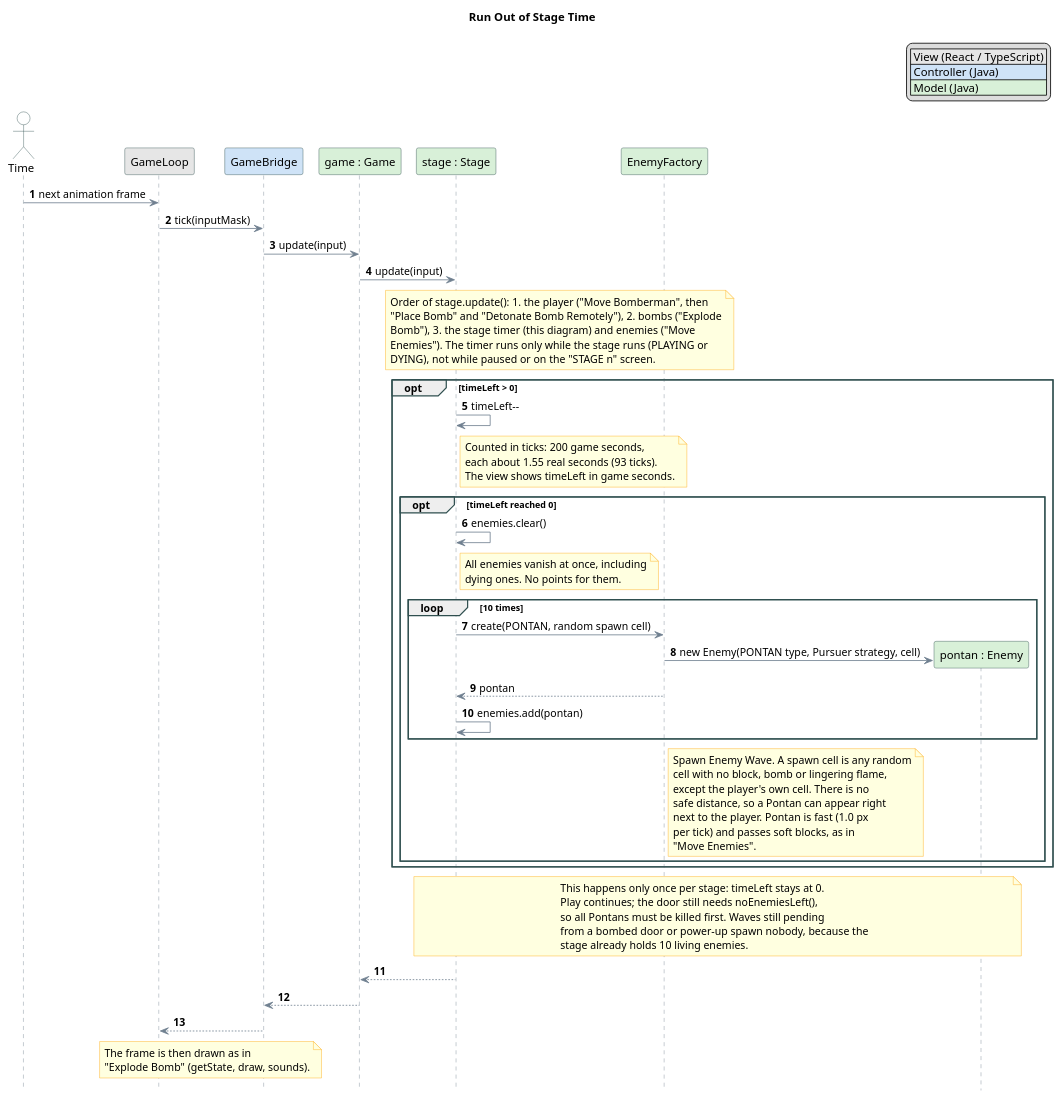
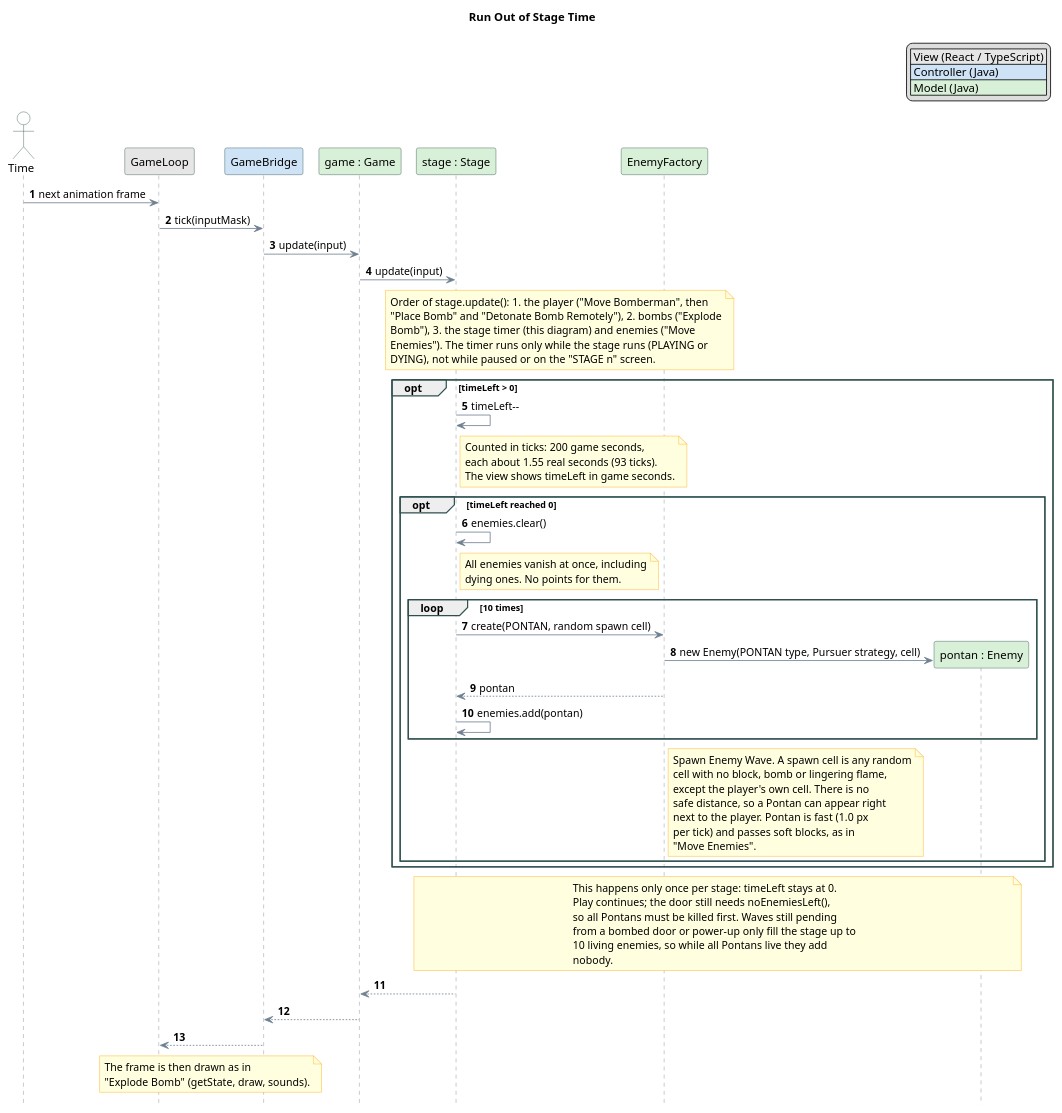
One commit to KamilDxD2/po2026 changed the diagram in projekt/uml/02-sekwencja-run-out-of-stage-time.puml. Above: the diagram before and after it, drawn with PlantUML. The commit also changed 8 other files, not shown here.

Commit message:
All sequence diagrams finished

```diff
--- a/projekt/uml/02-sekwencja-run-out-of-stage-time.puml
+++ b/projekt/uml/02-sekwencja-run-out-of-stage-time.puml
@@ -1,103 +1,104 @@
 @startuml
 title Run Out of Stage Time
 
 hide footbox
 
 legend top right
   |<#E6E6E6> View (React / TypeScript) |
   |<#CFE3F7> Controller (Java) |
   |<#D8F0D8> Model (Java) |
 endlegend
 autonumber
 
 skinparam ParticipantBackgroundColor LightCyan
 skinparam ParticipantBorderColor DarkSlateGray
 skinparam ActorBackgroundColor White
 skinparam ActorBorderColor DarkSlateGray
 skinparam ArrowColor SlateGray
 skinparam SequenceLifeLineBorderColor SlateGray
 skinparam SequenceGroupBorderColor DarkSlateGray
 skinparam DefaultFontName Arial
 skinparam note {
     BackgroundColor LightYellow
     BorderColor Orange
 }
 
 
 ' ==========================================
 ' Participants, coloured by MVC layer as in "Explode Bomb" (see legend).
 ' The stage timer is part of the third step of stage.update(), just
 ' before the enemies move. Includes "Spawn Enemy Wave" (10 Pontans).
 ' ==========================================
 actor "Time" as time
 
 participant "GameLoop" as view #E6E6E6
 
 participant "GameBridge" as bridge #CFE3F7
 
 participant "game : Game" as game #D8F0D8
 participant "stage : Stage" as stage #D8F0D8
 participant "EnemyFactory" as factory #D8F0D8
 participant "pontan : Enemy" as pontan #D8F0D8
 
 time -> view : next animation frame
 view -> bridge : tick(inputMask)
 bridge -> game : update(input)
 game -> stage : update(input)
 
 note over stage, factory
   Order of stage.update(): 1. the player ("Move Bomberman", then
   "Place Bomb" and "Detonate Bomb Remotely"), 2. bombs ("Explode
   Bomb"), 3. the stage timer (this diagram) and enemies ("Move
   Enemies"). The timer runs only while the stage runs (PLAYING or
   DYING), not while paused or on the "STAGE n" screen.
 end note
 
 opt timeLeft > 0
     stage -> stage : timeLeft--
     note right of stage
       Counted in ticks: 200 game seconds,
       each about 1.55 real seconds (93 ticks).
       The view shows timeLeft in game seconds.
     end note
 
     opt timeLeft reached 0
         stage -> stage : enemies.clear()
         note right of stage
           All enemies vanish at once, including
           dying ones. No points for them.
         end note
 
         loop 10 times
             stage -> factory : create(PONTAN, random spawn cell)
             create pontan
             factory -> pontan : new Enemy(PONTAN type, Pursuer strategy, cell)
             factory --> stage : pontan
             stage -> stage : enemies.add(pontan)
         end
         note right of factory
           Spawn Enemy Wave. A spawn cell is any random
           cell with no block, bomb or lingering flame,
           except the player's own cell. There is no
           safe distance, so a Pontan can appear right
           next to the player. Pontan is fast (1.0 px
           per tick) and passes soft blocks, as in
           "Move Enemies".
         end note
     end
 end
 
 note over stage, pontan
   This happens only once per stage: timeLeft stays at 0.
   Play continues; the door still needs noEnemiesLeft(),
   so all Pontans must be killed first. Waves still pending
-  from a bombed door or power-up spawn nobody, because the
-  stage already holds 10 living enemies.
+  from a bombed door or power-up only fill the stage up to
+  10 living enemies, so while all Pontans live they add
+  nobody.
 end note
 
 stage --> game
 game --> bridge
 bridge --> view
 note over view, bridge : The frame is then drawn as in\n"Explode Bomb" (getState, draw, sounds).
 
 @enduml
```
